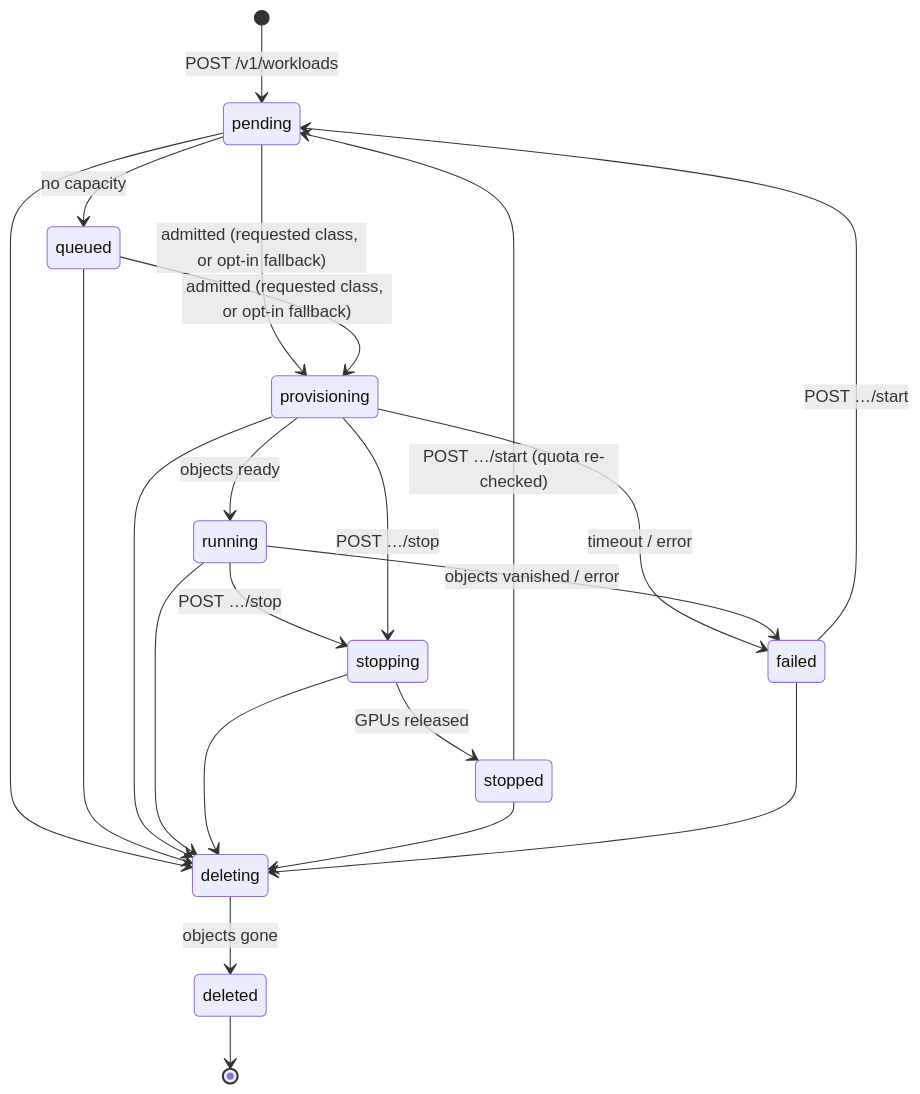
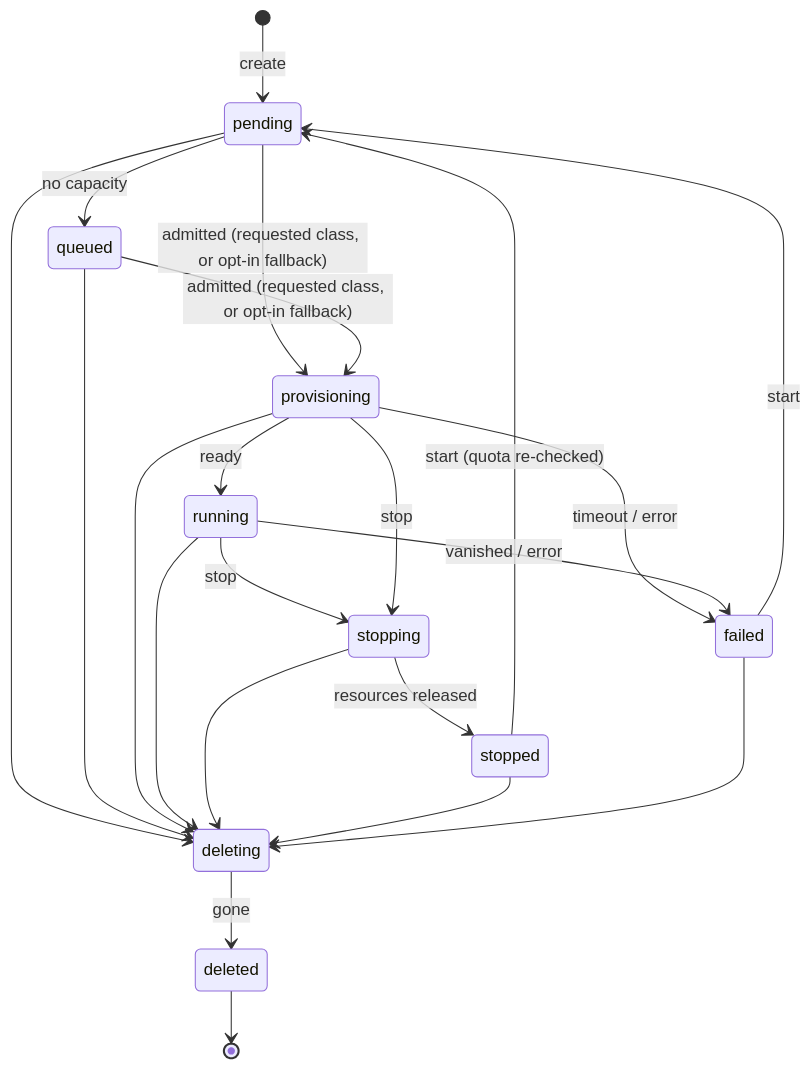
One commit to krishnanand20/Tensora changed the diagram in docs/architecture/control-plane.md. Above: the diagram before and after it, drawn with Mermaid. The commit also changed other lines of this file and 95 other files, not shown here.

````diff
--- a/docs/architecture/control-plane.md
+++ b/docs/architecture/control-plane.md
@@ -21,24 +35,24 @@
 ```mermaid
 stateDiagram-v2
-  [*] --> pending: POST /v1/workloads
+  [*] --> pending: create
   pending --> queued: no capacity
   pending --> provisioning: admitted (requested class, or opt-in fallback)
   queued --> provisioning: admitted (requested class, or opt-in fallback)
-  provisioning --> running: objects ready
+  provisioning --> running: ready
   provisioning --> failed: timeout / error
-  running --> stopping: POST …/stop
-  provisioning --> stopping: POST …/stop
-  stopping --> stopped: GPUs released
-  running --> failed: objects vanished / error
-  stopped --> pending: POST …/start (quota re-checked)
-  failed --> pending: POST …/start
+  running --> stopping: stop
+  provisioning --> stopping: stop
+  stopping --> stopped: resources released
+  running --> failed: vanished / error
+  stopped --> pending: start (quota re-checked)
+  failed --> pending: start
   pending --> deleting
   queued --> deleting
   provisioning --> deleting
   running --> deleting
   stopping --> deleting
   stopped --> deleting
   failed --> deleting
-  deleting --> deleted: objects gone
+  deleting --> deleted: gone
   deleted --> [*]
 ```
````
